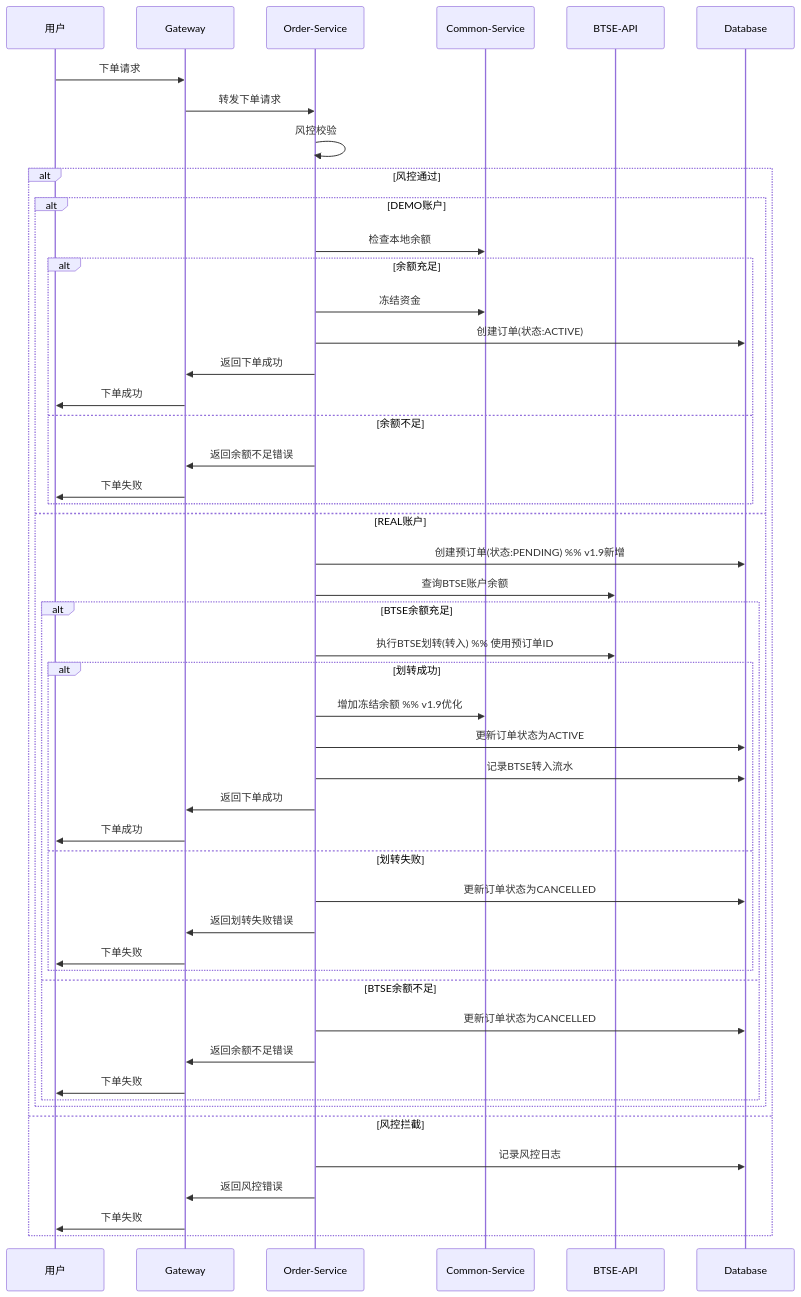
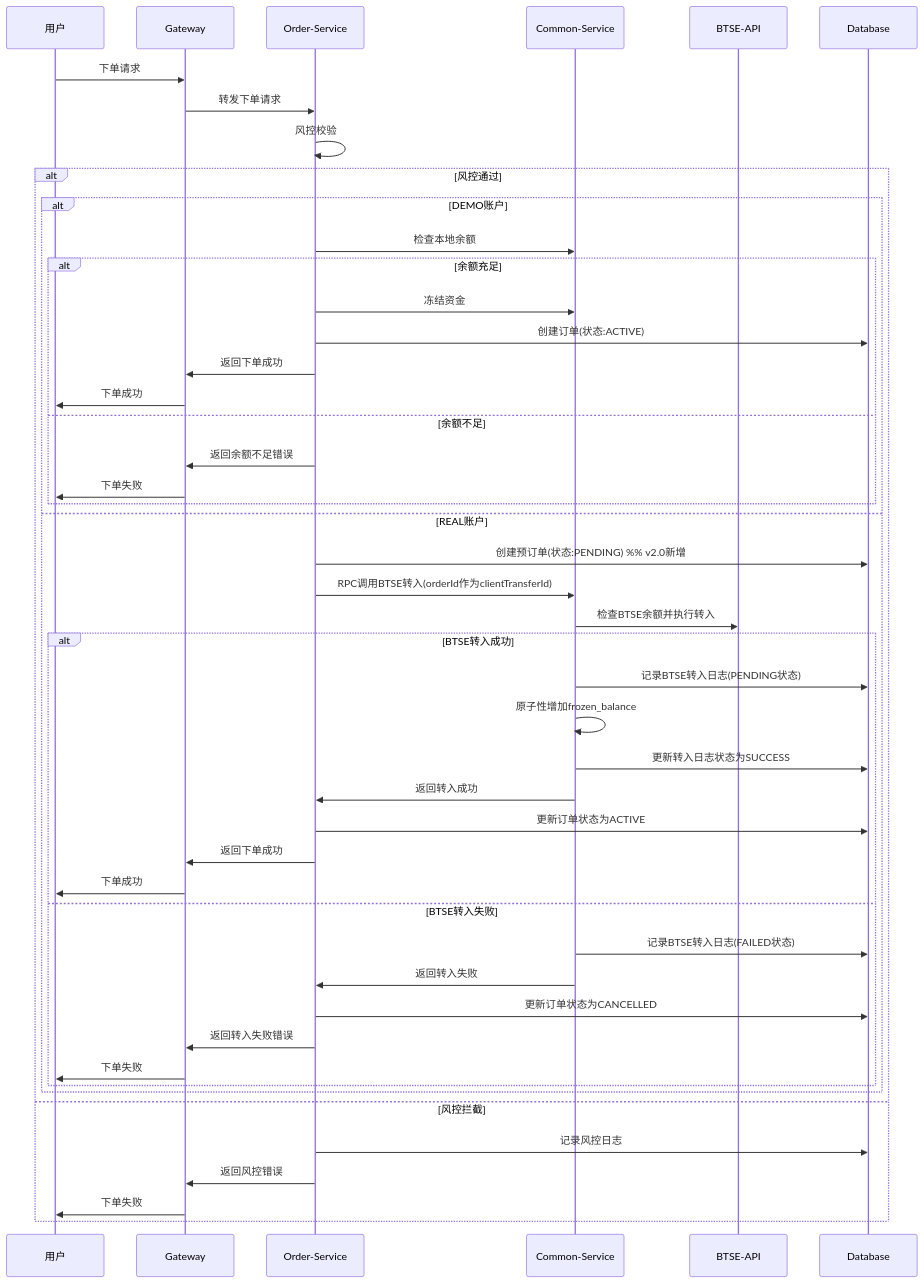
The second of 9 diagrams in 2. 设计类/207_05_业务流程设计.md (barry428/BinaryOptionDocs), drawn with Mermaid before and after one commit. The commit also changed other lines of this file and 3 other files, not shown here.

````diff
--- a/2. 设计类/207_05_业务流程设计.md
+++ b/2. 设计类/207_05_业务流程设计.md
@@ -70,52 +70,50 @@
 ```mermaid
 sequenceDiagram
     participant U as 用户
     participant G as Gateway
     participant O as Order-Service
     participant C as Common-Service
     participant B as BTSE-API
     participant DB as Database
 
     U->>G: 下单请求
     G->>O: 转发下单请求
     O->>O: 风控校验
     alt 风控通过
         alt DEMO账户
             O->>C: 检查本地余额
             alt 余额充足
                 O->>C: 冻结资金
                 O->>DB: 创建订单(状态:ACTIVE)
                 O->>G: 返回下单成功
                 G->>U: 下单成功
             else 余额不足
                 O->>G: 返回余额不足错误
                 G->>U: 下单失败
             end
         else REAL账户
-            O->>DB: 创建预订单(状态:PENDING)  %% v1.9新增
-            O->>B: 查询BTSE账户余额
-            alt BTSE余额充足
-                O->>B: 执行BTSE划转(转入)  %% 使用预订单ID
-                alt 划转成功
-                    O->>C: 增加冻结余额  %% v1.9优化
-                    O->>DB: 更新订单状态为ACTIVE
-                    O->>DB: 记录BTSE转入流水
-                    O->>G: 返回下单成功
-                    G->>U: 下单成功
-                else 划转失败
-                    O->>DB: 更新订单状态为CANCELLED
-                    O->>G: 返回划转失败错误
-                    G->>U: 下单失败
-                end
-            else BTSE余额不足
+            O->>DB: 创建预订单(状态:PENDING)  %% v2.0新增
+            O->>C: RPC调用BTSE转入(orderId作为clientTransferId)
+            C->>B: 检查BTSE余额并执行转入
+            alt BTSE转入成功
+                C->>DB: 记录BTSE转入日志(PENDING状态)
+                C->>C: 原子性增加frozen_balance
+                C->>DB: 更新转入日志状态为SUCCESS
+                C->>O: 返回转入成功
+                O->>DB: 更新订单状态为ACTIVE
+                O->>G: 返回下单成功
+                G->>U: 下单成功
+            else BTSE转入失败
+                C->>DB: 记录BTSE转入日志(FAILED状态)
+                C->>O: 返回转入失败
                 O->>DB: 更新订单状态为CANCELLED
-                O->>G: 返回余额不足错误
+                O->>G: 返回转入失败错误
                 G->>U: 下单失败
             end
         end
     else 风控拦截
         O->>DB: 记录风控日志
         O->>G: 返回风控错误
         G->>U: 下单失败
     end
 ```
````
